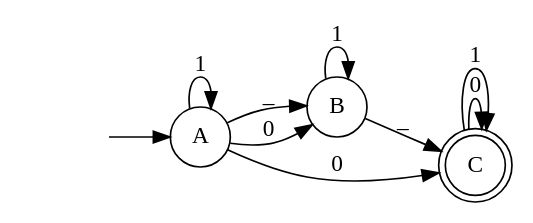
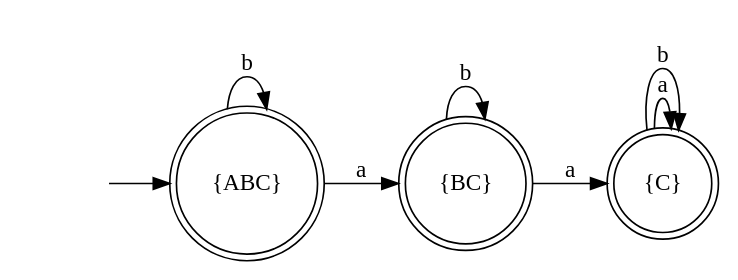
The diagram in ALE2/ALE2/bin/Debug/abc.dot (bobirok/Automata-ALE2), drawn with Graphviz before and after one commit. The commit also changed 55 other files, not shown here.

```diff
--- a/ALE2/ALE2/bin/Debug/abc.dot
+++ b/ALE2/ALE2/bin/Debug/abc.dot
@@ -1,16 +1,14 @@
 digraph myAutomaton {
 rankdir=LR;
 " " [shape=none]
-"A" [shape=circle]
-"B" [shape=circle]
-"C" [shape=doublecircle]
+"{ABC}" [shape=doublecircle]
+"{BC}" [shape=doublecircle]
+"{C}" [shape=doublecircle]
 
-" " -> "A""A" -> "A"[label="1"]
-"A" -> "C"[label="0"]
-"A" -> "B"[label="_"]
-"A" -> "B"[label="0"]
-"B" -> "B"[label="1"]
-"B" -> "C"[label="_"]
-"C" -> "C"[label="0"]
-"C" -> "C"[label="1"]
+" " -> "{ABC}""{ABC}" -> "{BC}"[label="a"]
+"{ABC}" -> "{ABC}"[label="b"]
+"{BC}" -> "{C}"[label="a"]
+"{BC}" -> "{BC}"[label="b"]
+"{C}" -> "{C}"[label="a"]
+"{C}" -> "{C}"[label="b"]
 }
```
